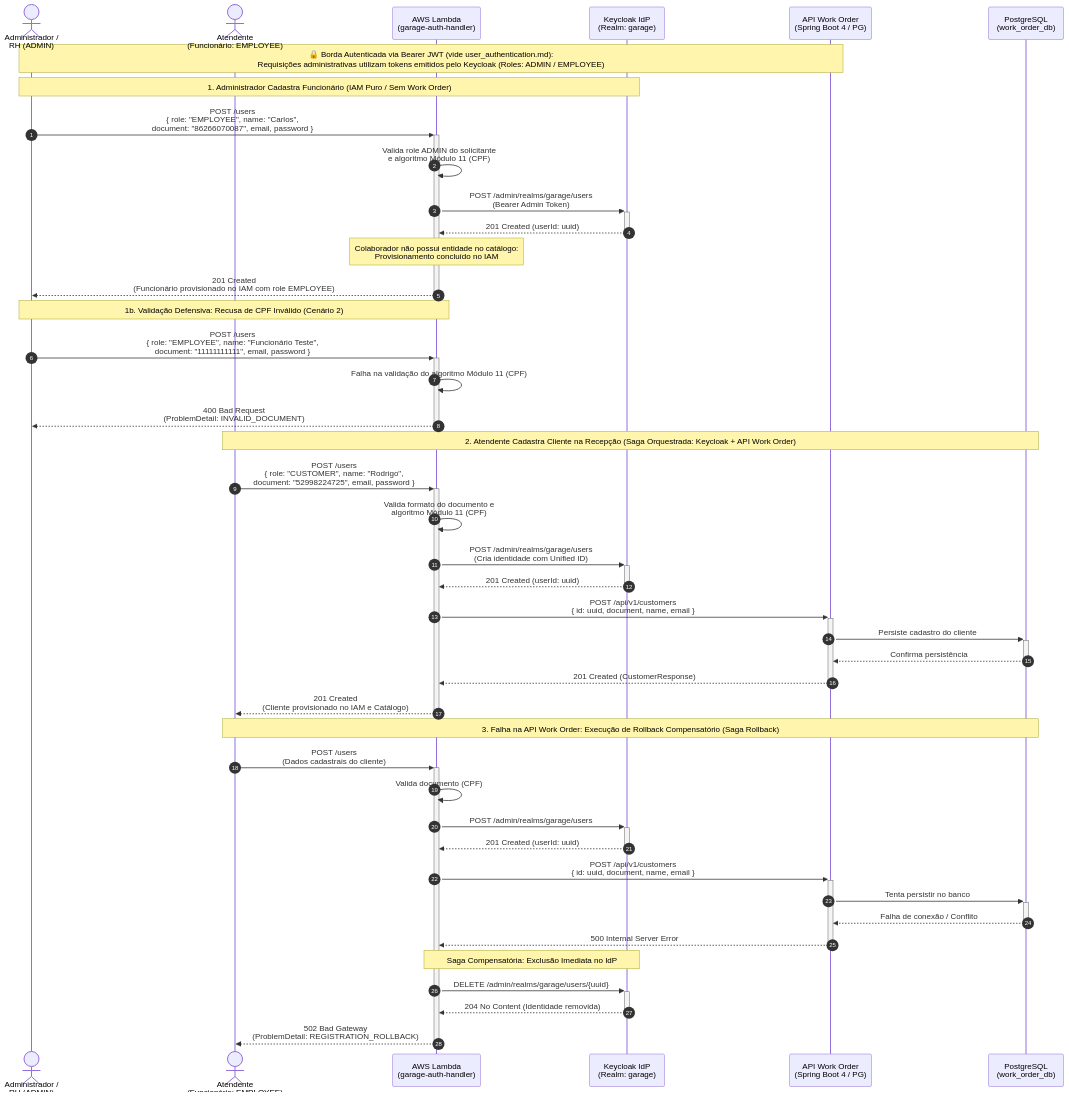
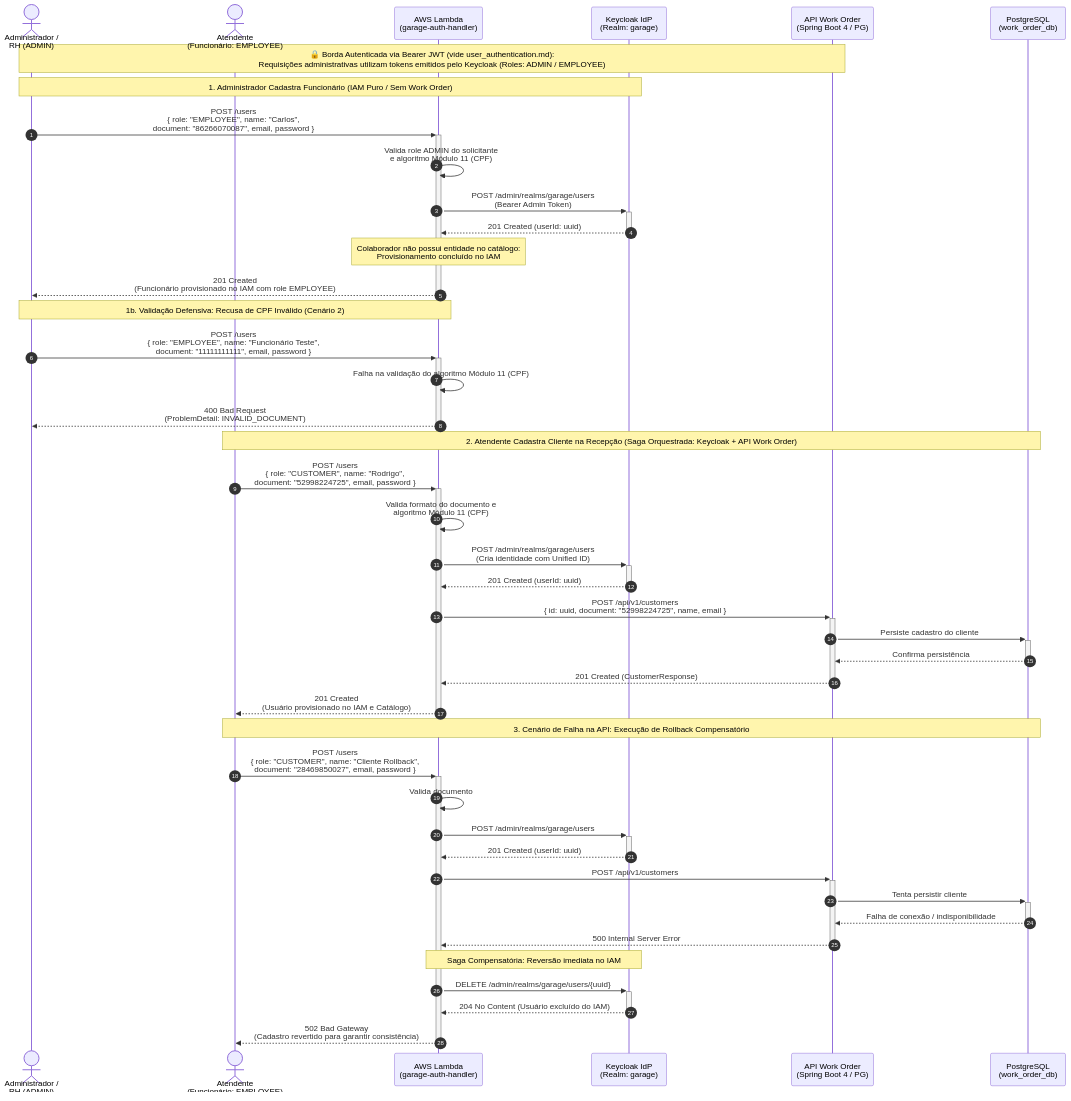
The diagram in src/test/resources/features/auth-lambda/user_identity_management.md (rodsordi/15soat-phase4-e2e), drawn with Mermaid before and after one commit. The commit also changed other lines of this file and 19 other files, not shown here.

Commit message:
feat(e2e): update sequence diagrams, estimate lifecycle features and step definitions

````diff
--- a/src/test/resources/features/auth-lambda/user_identity_management.md
+++ b/src/test/resources/features/auth-lambda/user_identity_management.md
@@ -24,62 +17,62 @@
 ```mermaid
 sequenceDiagram
     autonumber
     actor Admin as Administrador /<br/>RH (ADMIN)
     actor Ator as Atendente<br/>(Funcionário: EMPLOYEE)
     participant Lambda as AWS Lambda<br/>(garage-auth-handler)
     participant KC as Keycloak IdP<br/>(Realm: garage)
     participant WO as API Work Order<br/>(Spring Boot 4 / PG)
     participant DB as PostgreSQL<br/>(work_order_db)
 
     Note over Admin,WO: 🔒 Borda Autenticada via Bearer JWT (vide user_authentication.md):<br/>Requisições administrativas utilizam tokens emitidos pelo Keycloak (Roles: ADMIN / EMPLOYEE)
 
     %% -------------------------------------------------------------------------
     %% 1. Administrador Cadastra Funcionário (IAM Corporativo Puro)
     %% -------------------------------------------------------------------------
     Note over Admin,KC: 1. Administrador Cadastra Funcionário (IAM Puro / Sem Work Order)
     Admin->>+Lambda: POST /users<br/>{ role: "EMPLOYEE", name: "Carlos",<br/>  document: "86266070087", email, password }
     Lambda->>Lambda: Valida role ADMIN do solicitante<br/>e algoritmo Módulo 11 (CPF)
     Lambda->>+KC: POST /admin/realms/garage/users<br/>(Bearer Admin Token)
     KC-->>-Lambda: 201 Created (userId: uuid)
     Note over Lambda: Colaborador não possui entidade no catálogo:<br/>Provisionamento concluído no IAM
     Lambda-->>-Admin: 201 Created<br/>(Funcionário provisionado no IAM com role EMPLOYEE)
 
     %% -------------------------------------------------------------------------
     %% 1b. Recusa de Cadastro com Documento Inválido (400 Bad Request)
     %% -------------------------------------------------------------------------
     Note over Admin,Lambda: 1b. Validação Defensiva: Recusa de CPF Inválido (Cenário 2)
     Admin->>+Lambda: POST /users<br/>{ role: "EMPLOYEE", name: "Funcionário Teste",<br/>  document: "11111111111", email, password }
     Lambda->>Lambda: Falha na validação do algoritmo Módulo 11 (CPF)
     Lambda-->>-Admin: 400 Bad Request<br/>(ProblemDetail: INVALID_DOCUMENT)
 
     %% -------------------------------------------------------------------------
     %% 2. Atendente Cadastra Cliente (Saga Orquestrada com Sucesso)
     %% -------------------------------------------------------------------------
     Note over Ator,DB: 2. Atendente Cadastra Cliente na Recepção (Saga Orquestrada: Keycloak + API Work Order)
     Ator->>+Lambda: POST /users<br/>{ role: "CUSTOMER", name: "Rodrigo",<br/>  document: "52998224725", email, password }
     Lambda->>Lambda: Valida formato do documento e<br/>algoritmo Módulo 11 (CPF)
     Lambda->>+KC: POST /admin/realms/garage/users<br/>(Cria identidade com Unified ID)
     KC-->>-Lambda: 201 Created (userId: uuid)
-    Lambda->>+WO: POST /api/v1/customers<br/>{ id: uuid, document, name, email }
+    Lambda->>+WO: POST /api/v1/customers<br/>{ id: uuid, document: "52998224725", name, email }
     WO->>+DB: Persiste cadastro do cliente
     DB-->>-WO: Confirma persistência
     WO-->>-Lambda: 201 Created (CustomerResponse)
-    Lambda-->>-Ator: 201 Created<br/>(Cliente provisionado no IAM e Catálogo)
+    Lambda-->>-Ator: 201 Created<br/>(Usuário provisionado no IAM e Catálogo)
 
     %% -------------------------------------------------------------------------
-    %% 3. Saga Compensatória (Rollback) por Falha na API Work Order
+    %% 3. Saga Compensatória (Rollback por Falha na API)
     %% -------------------------------------------------------------------------
-    Note over Ator,DB: 3. Falha na API Work Order: Execução de Rollback Compensatório (Saga Rollback)
-    Ator->>+Lambda: POST /users<br/>(Dados cadastrais do cliente)
-    Lambda->>Lambda: Valida documento (CPF)
+    Note over Ator,DB: 3. Cenário de Falha na API: Execução de Rollback Compensatório
+    Ator->>+Lambda: POST /users<br/>{ role: "CUSTOMER", name: "Cliente Rollback",<br/>  document: "28469850027", email, password }
+    Lambda->>Lambda: Valida documento
     Lambda->>+KC: POST /admin/realms/garage/users
     KC-->>-Lambda: 201 Created (userId: uuid)
-    Lambda->>+WO: POST /api/v1/customers<br/>{ id: uuid, document, name, email }
-    WO->>+DB: Tenta persistir no banco
-    DB-->>-WO: Falha de conexão / Conflito
+    Lambda->>+WO: POST /api/v1/customers
+    WO->>+DB: Tenta persistir cliente
+    DB-->>-WO: Falha de conexão / indisponibilidade
     WO-->>-Lambda: 500 Internal Server Error
-    Note over Lambda,KC: Saga Compensatória: Exclusão Imediata no IdP
+    Note over Lambda,KC: Saga Compensatória: Reversão imediata no IAM
     Lambda->>+KC: DELETE /admin/realms/garage/users/{uuid}
-    KC-->>-Lambda: 204 No Content (Identidade removida)
-    Lambda-->>-Ator: 502 Bad Gateway<br/>(ProblemDetail: REGISTRATION_ROLLBACK)
+    KC-->>-Lambda: 204 No Content (Usuário excluído do IAM)
+    Lambda-->>-Ator: 502 Bad Gateway<br/>(Cadastro revertido para garantir consistência)
 ```
````
